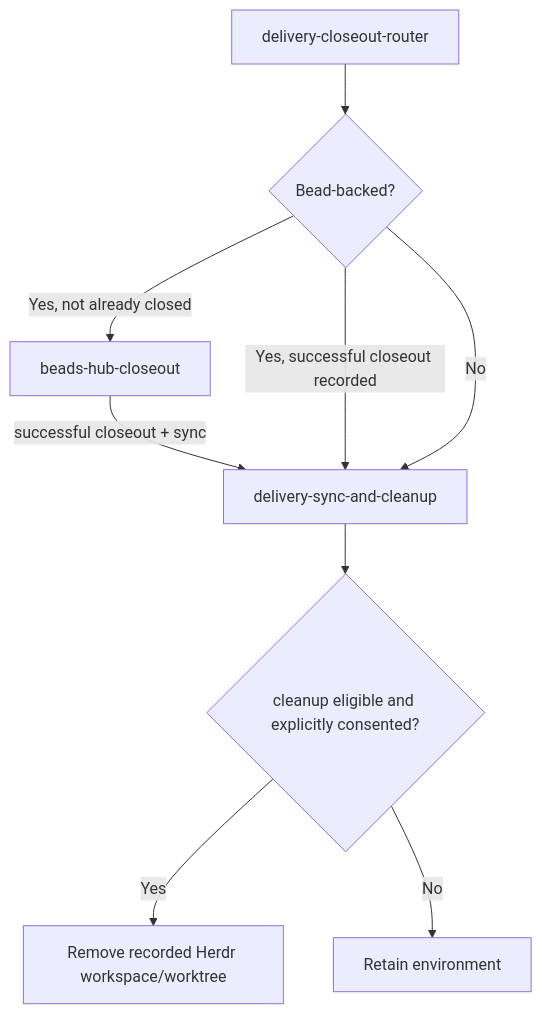
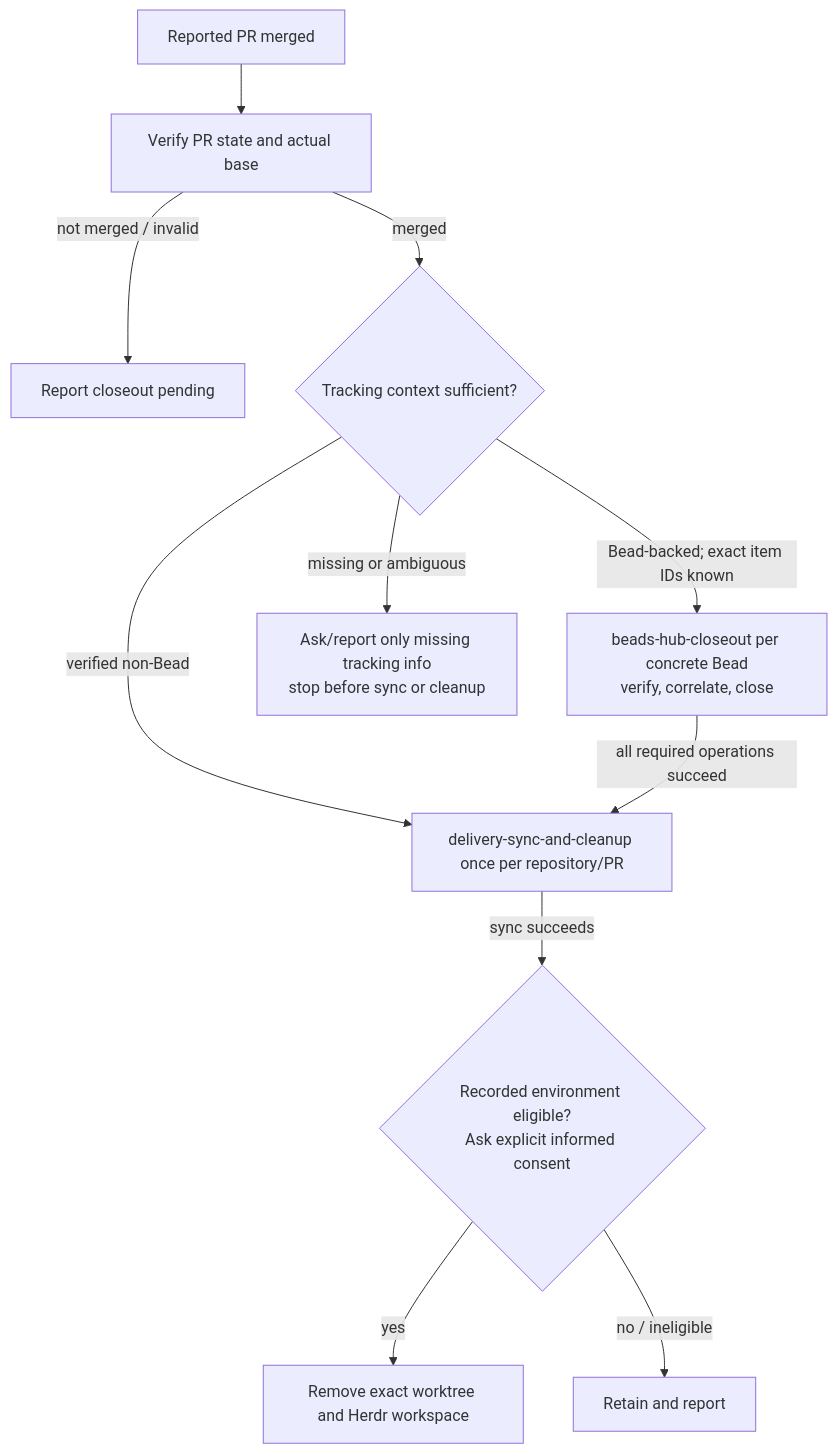
The diagram in dot_config/opencode/skills/delivery-closeout-router/SKILL.md (Angel-O/dotfiles), drawn with Mermaid before and after one commit. The commit also changed other lines of this file and 5 other files, not shown here.

Commit message:
Route merged delivery closeout automatically

````diff
--- a/dot_config/opencode/skills/delivery-closeout-router/SKILL.md
+++ b/dot_config/opencode/skills/delivery-closeout-router/SKILL.md
@@ -12,11 +23,13 @@
 ```mermaid
 flowchart TD
-  R["delivery-closeout-router"] --> B{"Bead-backed?"}
-  B -->|Yes, not already closed| H["beads-hub-closeout"]
-  H -->|successful closeout + sync| S["delivery-sync-and-cleanup"]
-  B -->|Yes, successful closeout recorded| S
-  B -->|No| S
-  S --> C{"cleanup eligible and explicitly consented?"}
-  C -->|Yes| X["Remove recorded Herdr workspace/worktree"]
-  C -->|No| K["Retain environment"]
+  R["Reported PR merged"] --> V["Verify PR state and actual base"]
+  V -->|not merged / invalid| P["Report closeout pending"]
+  V -->|merged| T{"Tracking context sufficient?"}
+  T -->|Bead-backed; exact item IDs known| H["beads-hub-closeout per concrete Bead<br/>verify, correlate, close"]
+  T -->|verified non-Bead| S["delivery-sync-and-cleanup once per repository/PR"]
+  T -->|missing or ambiguous| Q["Ask/report only missing tracking info<br/>stop before sync or cleanup"]
+  H -->|all required operations succeed| S
+  S -->|sync succeeds| C{"Recorded environment eligible?<br/>Ask explicit informed consent"}
+  C -->|yes| X["Remove exact worktree and Herdr workspace"]
+  C -->|no / ineligible| K["Retain and report"]
 ```
````
